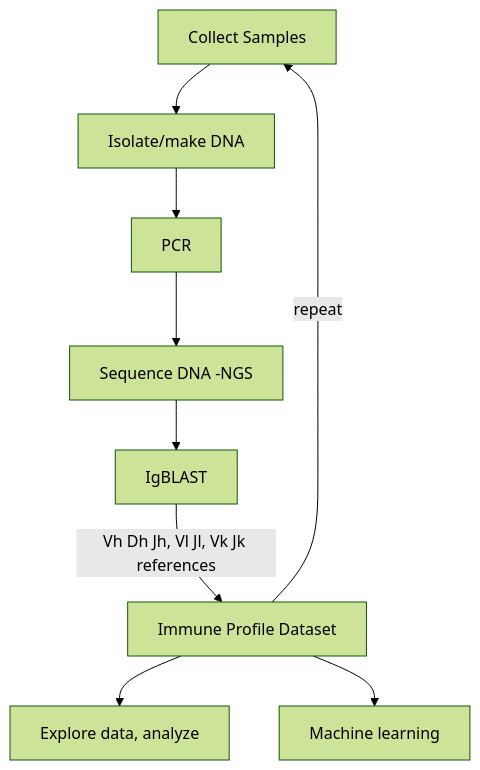
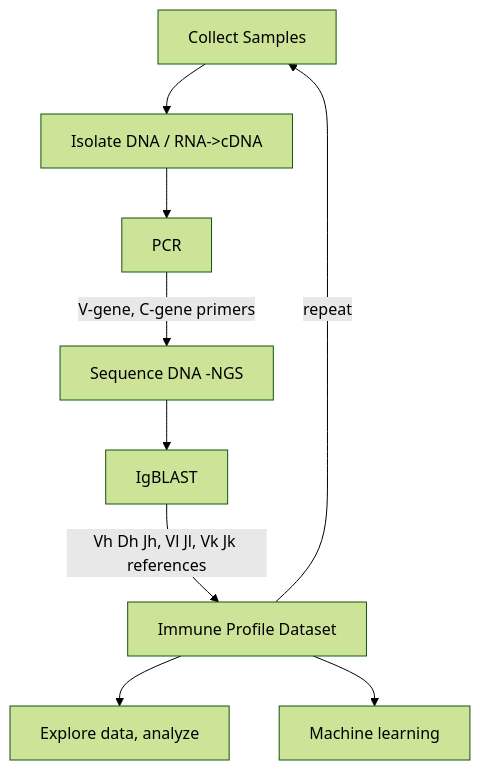
One commit to NCBI-Codeathons/mlxai-2024-team-smith changed the second of 2 diagrams in README.md. Above: the diagram before and after it, drawn with Mermaid (forest theme).

````diff
--- a/README.md
+++ b/README.md
@@ -56,7 +56,7 @@
 ```mermaid
     flowchart TD
-    A[Collect Samples] --> B[Isolate/make DNA] --> C[PCR] --> D[Sequence DNA -NGS] --> E[IgBLAST] -- Vh Dh Jh, Vl Jl, Vk Jk references --> F[Immune Profile Dataset];
+    A[Collect Samples] --> B[Isolate DNA / RNA->cDNA] --> C[PCR] -- V-gene, C-gene primers --> D[Sequence DNA -NGS] --> E[IgBLAST] -- Vh Dh Jh, Vl Jl, Vk Jk references --> F[Immune Profile Dataset];
     F -- repeat --> A
     F --> G[Explore data, analyze];
     F --> H[Machine learning]; 
 ```
````
